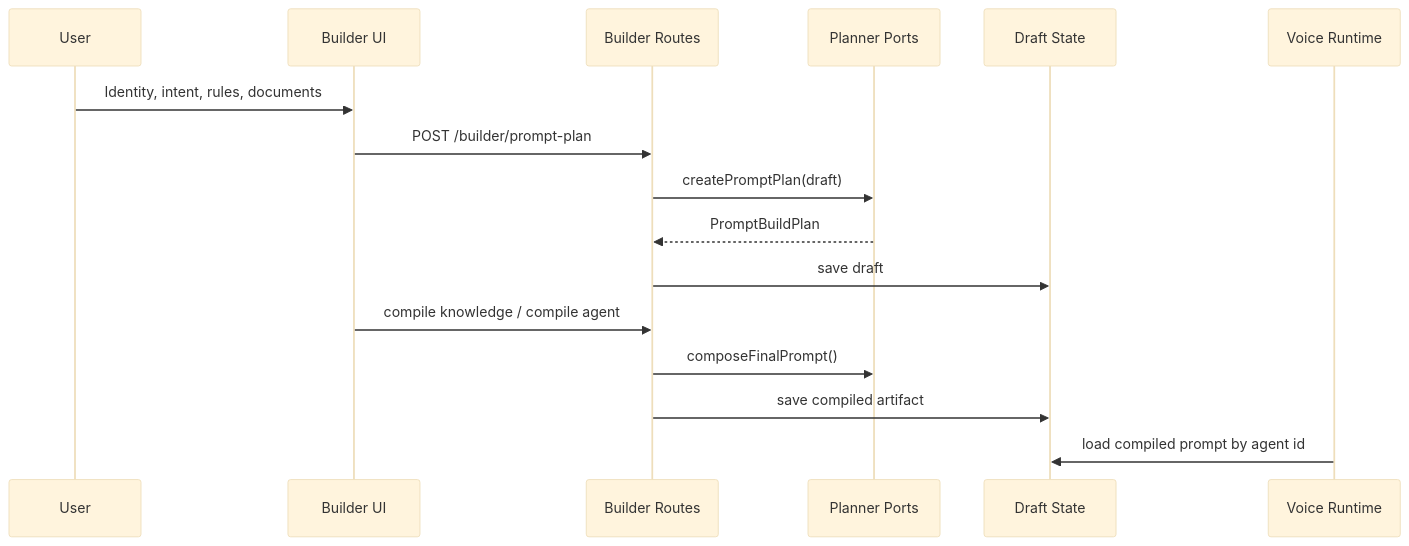
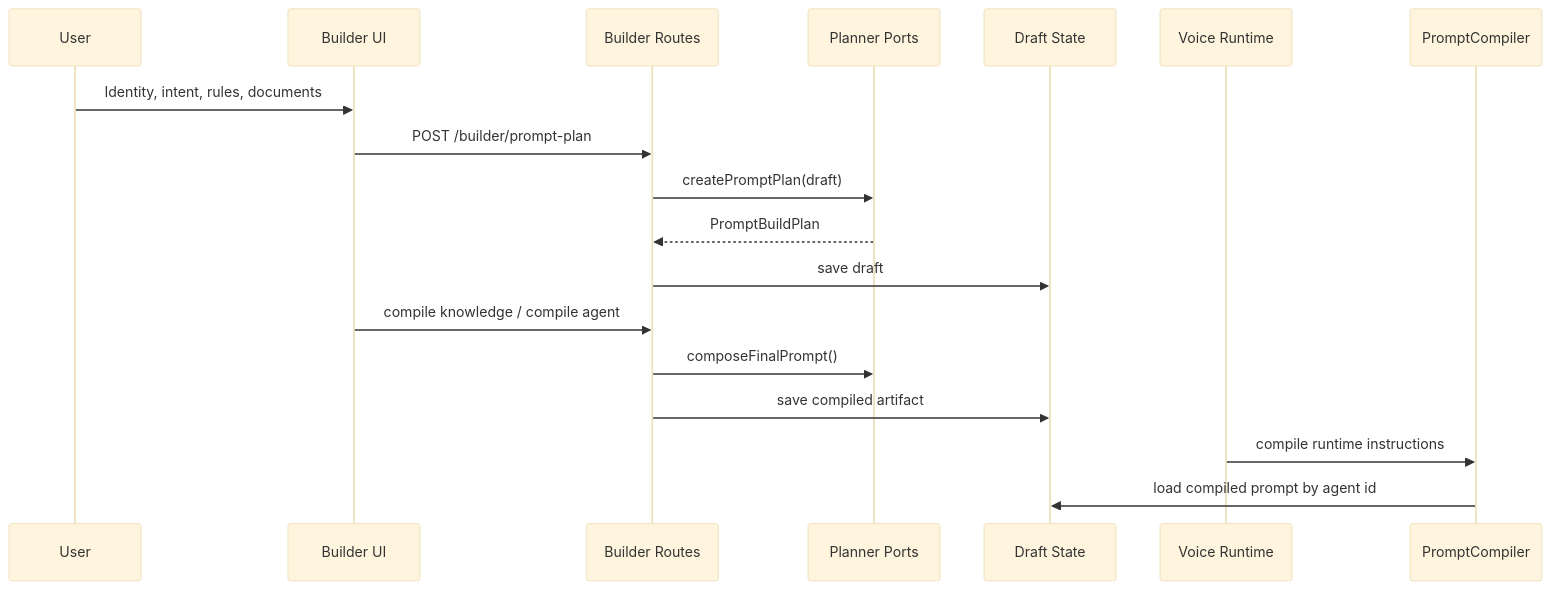
Before and after one commit to jeremienunez/advanced-voice-agents-SDK: the third of 7 diagrams in README.md, drawn with Mermaid (base theme). The commit also changed other lines of this file and 15 other files, not shown here.

Commit message:
test: add prompt compiler port

````diff
--- a/README.md
+++ b/README.md
@@ -95,19 +98,20 @@
 ```mermaid
 sequenceDiagram
   participant User
   participant UI as Builder UI
   participant API as Builder Routes
   participant Planner as Planner Ports
   participant Store as Draft State
   participant Runtime as Voice Runtime
 
   User->>UI: Identity, intent, rules, documents
   UI->>API: POST /builder/prompt-plan
   API->>Planner: createPromptPlan(draft)
   Planner-->>API: PromptBuildPlan
   API->>Store: save draft
   UI->>API: compile knowledge / compile agent
   API->>Planner: composeFinalPrompt()
   API->>Store: save compiled artifact
-  Runtime->>Store: load compiled prompt by agent id
+  Runtime->>PromptCompiler: compile runtime instructions
+  PromptCompiler->>Store: load compiled prompt by agent id
 ```
````
